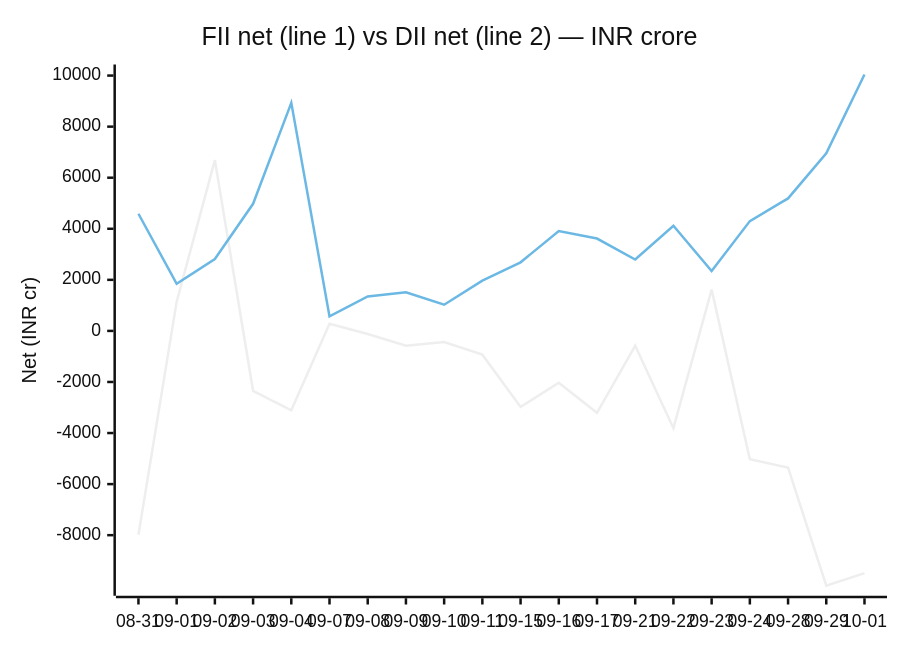
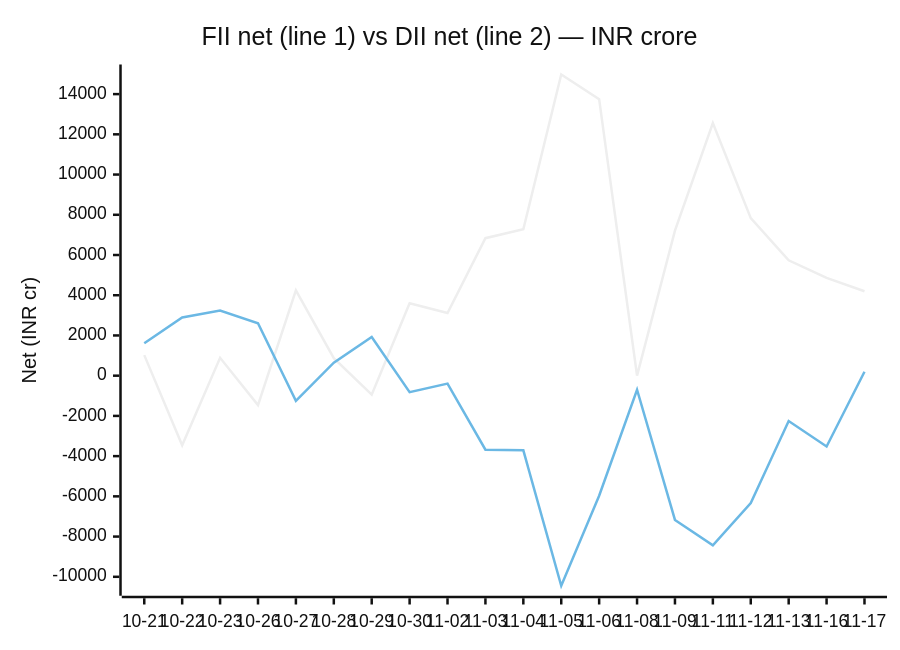
The second of 2 diagrams in README.md (chirag127/fii-dii-activity-api), drawn with Mermaid (neutral theme) before and after one commit. The commit also changed other lines of this file and 5 other files, not shown here.

````diff
--- a/README.md
+++ b/README.md
@@ -53,8 +53,8 @@
 ```mermaid
 xychart-beta
     title "FII net (line 1) vs DII net (line 2) — INR crore"
-    x-axis ["08-31", "09-01", "09-02", "09-03", "09-04", "09-07", "09-08", "09-09", "09-10", "09-11", "09-15", "09-16", "09-17", "09-21", "09-22", "09-23", "09-24", "09-28", "09-29", "10-01"]
-    y-axis "Net (INR cr)" -9981 --> 10042
-    line [-7985.88, 1143.38, 6688.37, -2345.87, -3111.94, 280.13, -123.19, -582.99, -438.24, -930.9, -2977.86, -2032.61, -3208.76, -576.2, -3809.99, 1617.45, -5027.36, -5353.22, -9980.22, -9484.22]
-    line [4588.88, 1846.94, 2812.98, 4977.46, 8930.12, 566.76, 1349.64, 1509.04, 1025.85, 1968.17, 2686.05, 3908.23, 3617.75, 2797.27, 4120.07, 2341.46, 4301.18, 5189.02, 6952.71, 10041.84]
+    x-axis ["10-21", "10-22", "10-23", "10-26", "10-27", "10-28", "10-29", "10-30", "11-02", "11-03", "11-04", "11-05", "11-06", "11-08", "11-09", "11-11", "11-12", "11-13", "11-16", "11-17"]
+    y-axis "Net (INR cr)" -10445 --> 14975
+    line [1022.32, -3458.7, 887.65, -1462.49, 4240.39, 871.83, -943.6, 3598.54, 3114.68, 6836.81, 7284.03, 14974.68, 13749.82, -0.25, 7212.22, 12563.33, 7830.6, 5736.55, 4864.68, 4195.38]
+    line [1614.32, 2891.32, 3235.36, 2609.57, -1250.03, 643.35, 1924.41, -817.51, -392.2, -3678.85, -3712.23, -10444.54, -5968.7, -700.31, -7172.53, -8434.53, -6331.17, -2253.58, -3519.05, 196.93]
 ```
````
